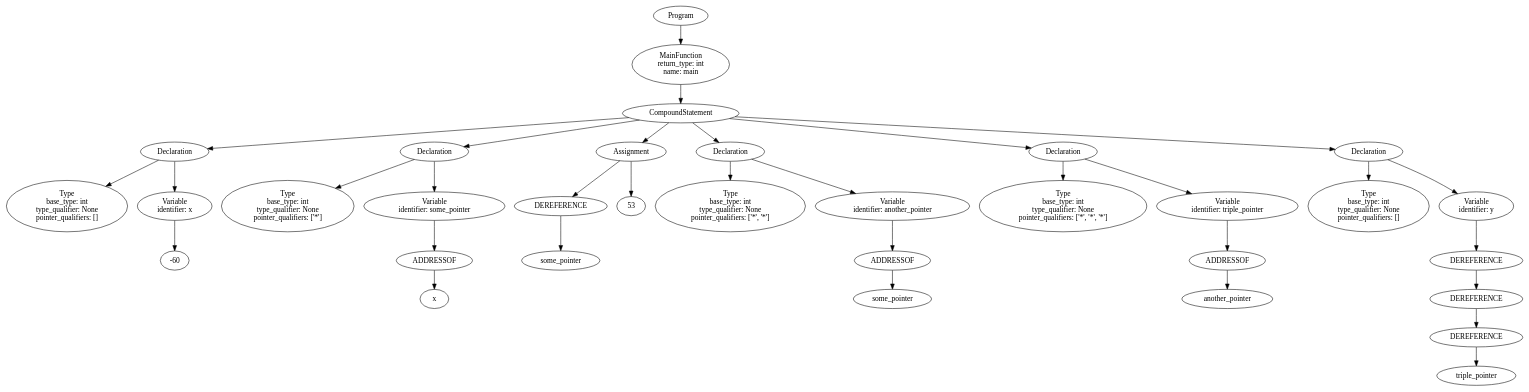
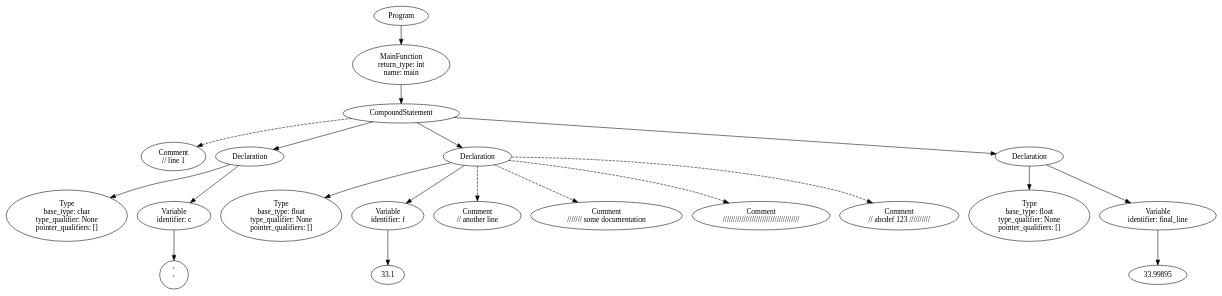
Before and after one commit to ArneDePeuter/UA-2024-Compiler: the diagram in temp/ast_proj1.dot, drawn with Graphviz. The commit also changed 16 other files, not shown here.

```diff
--- a/temp/ast_proj1.dot
+++ b/temp/ast_proj1.dot
@@ -1,67 +1,47 @@
 digraph ExpressionGraph {
-140282651409136 [label="Program"];
-140282651409136 -> 140282651612112;
-140282651612112 [label="MainFunction\nreturn_type: int\nname: main"];
-140282651612112 -> 140282651409856;
-140282651409856 [label="CompoundStatement"];
-140282651409856 -> 140282651558576;
-140282651558576 [label="Declaration"];
-140282651558576 -> 140282651631520;
-140282651631520 [label="Type\nbase_type: int\ntype_qualifier: None\npointer_qualifiers: []"];
-140282651558576 -> 140282651628352;
-140282651628352 [label="Variable\nidentifier: x"];
-140282651628352 -> 140282651612400;
-140282651612400 [label="-60"];
-140282651409856 -> 140282651629408;
-140282651629408 [label="Declaration"];
-140282651629408 -> 140282651628448;
-140282651628448 [label="Type\nbase_type: int\ntype_qualifier: None\npointer_qualifiers: ['*']"];
-140282651629408 -> 140282651631040;
-140282651631040 [label="Variable\nidentifier: some_pointer"];
-140282651631040 -> 140282651630176;
-140282651630176 [label="ADDRESSOF"];
-140282651630176 -> 140282651628928;
-140282651628928 [label="x"];
-140282651409856 -> 140282651611920;
-140282651611920 [label="Assignment"];
-140282651611920 -> 140282651629168;
-140282651629168 [label="DEREFERENCE"];
-140282651629168 -> 140282651629216;
-140282651629216 [label="some_pointer"];
-140282651611920 -> 140282651627728;
-140282651627728 [label="53"];
-140282651409856 -> 140282651630032;
-140282651630032 [label="Declaration"];
-140282651630032 -> 140282651628736;
-140282651628736 [label="Type\nbase_type: int\ntype_qualifier: None\npointer_qualifiers: ['*', '*']"];
-140282651630032 -> 140282651613360;
-140282651613360 [label="Variable\nidentifier: another_pointer"];
-140282651613360 -> 140282651611968;
-140282651611968 [label="ADDRESSOF"];
-140282651611968 -> 140282651613024;
-140282651613024 [label="some_pointer"];
-140282651409856 -> 140282651631424;
-140282651631424 [label="Declaration"];
-140282651631424 -> 140282651613072;
-140282651613072 [label="Type\nbase_type: int\ntype_qualifier: None\npointer_qualifiers: ['*', '*', '*']"];
-140282651631424 -> 140282651611440;
-140282651611440 [label="Variable\nidentifier: triple_pointer"];
-140282651611440 -> 140282651613216;
-140282651613216 [label="ADDRESSOF"];
-140282651613216 -> 140282651614320;
-140282651614320 [label="another_pointer"];
-140282651409856 -> 140282651612016;
-140282651612016 [label="Declaration"];
-140282651612016 -> 140282651614944;
-140282651614944 [label="Type\nbase_type: int\ntype_qualifier: None\npointer_qualifiers: []"];
-140282651612016 -> 140282651614848;
-140282651614848 [label="Variable\nidentifier: y"];
-140282651614848 -> 140282651612352;
-140282651612352 [label="DEREFERENCE"];
-140282651612352 -> 140282651613840;
-140282651613840 [label="DEREFERENCE"];
-140282651613840 -> 140282651613504;
-140282651613504 [label="DEREFERENCE"];
-140282651613504 -> 140282651613936;
-140282651613936 [label="triple_pointer"];
+140405737321232 [label="Program"];
+140405737321232 -> 140405737499952;
+140405737499952 [label="MainFunction\nreturn_type: int\nname: main"];
+140405737499952 -> 140405737402480;
+140405737402480 [label="CompoundStatement"];
+140405737500528 [label="Comment\n// line 1
+"];
+140405737402480 -> 140405737500528 [style=dashed];
+140405737402480 -> 140405737497792;
+140405737497792 [label="Declaration"];
+140405737497792 -> 140405737496880;
+140405737496880 [label="Type\nbase_type: char\ntype_qualifier: None\npointer_qualifiers: []"];
+140405737497792 -> 140405737496784;
+140405737496784 [label="Variable\nidentifier: c"];
+140405737496784 -> 140405737496832;
+140405737496832 [label="'
+'"];
+140405737402480 -> 140405737500576;
+140405737500576 [label="Declaration"];
+140405737500576 -> 140405737498080;
+140405737498080 [label="Type\nbase_type: float\ntype_qualifier: None\npointer_qualifiers: []"];
+140405737500576 -> 140405737498320;
+140405737498320 [label="Variable\nidentifier: f"];
+140405737498320 -> 140405737497072;
+140405737497072 [label="33.1"];
+140405737497696 [label="Comment\n// another line
+"];
+140405737500576 -> 140405737497696 [style=dashed];
+140405737498032 [label="Comment\n/////// some documentation
+"];
+140405737500576 -> 140405737498032 [style=dashed];
+140405737497024 [label="Comment\n/////////////////////////////////////
+"];
+140405737500576 -> 140405737497024 [style=dashed];
+140405737497936 [label="Comment\n// abcdef 123 //////////
+"];
+140405737500576 -> 140405737497936 [style=dashed];
+140405737402480 -> 140405737498128;
+140405737498128 [label="Declaration"];
+140405737498128 -> 140405737498992;
+140405737498992 [label="Type\nbase_type: float\ntype_qualifier: None\npointer_qualifiers: []"];
+140405737498128 -> 140405737499136;
+140405737499136 [label="Variable\nidentifier: final_line"];
+140405737499136 -> 140405737497840;
+140405737497840 [label="33.99895"];
 }
```
